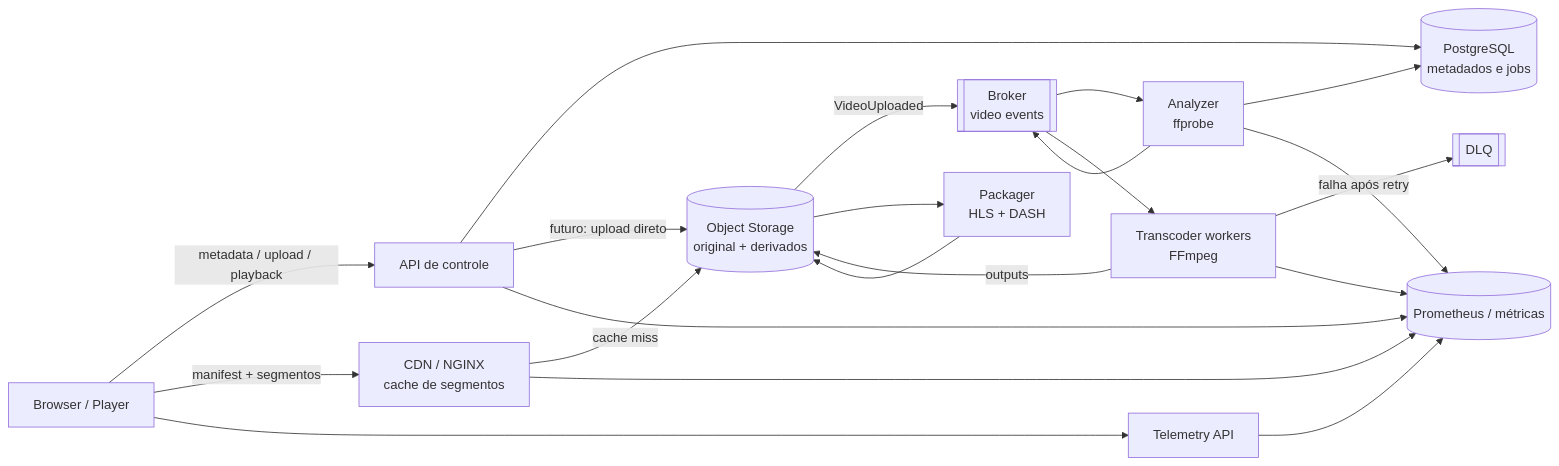
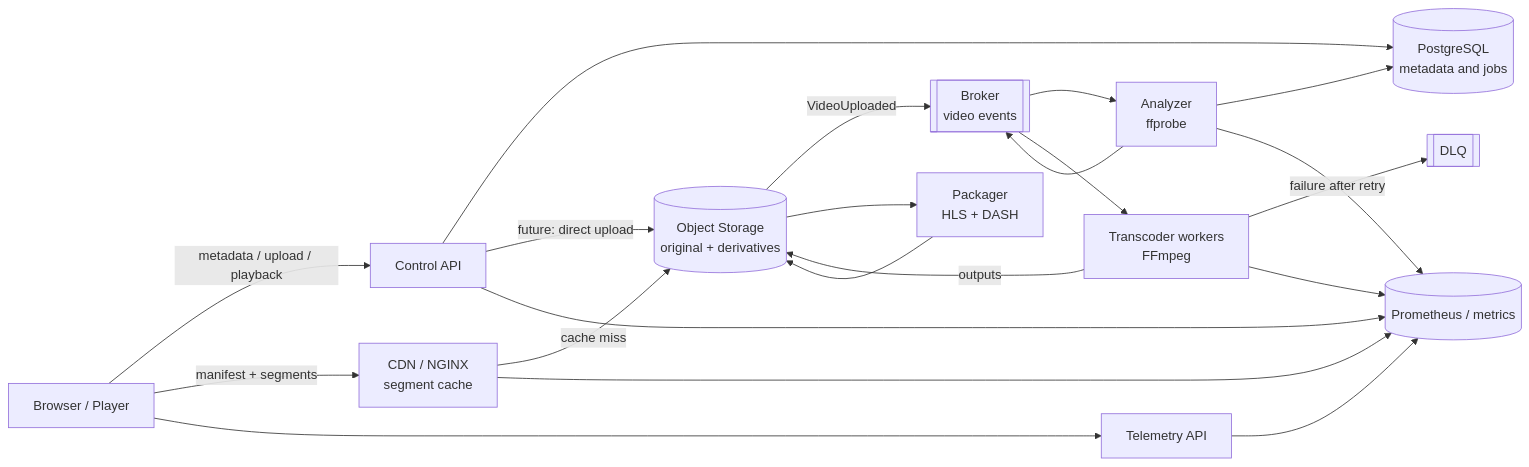
One commit to gabriel-roque/streamlab changed the second of 2 diagrams in docs/architecture/README.md. Above: the diagram before and after it, drawn with Mermaid. The commit also changed other lines of this file and 33 other files, not shown here.

````diff
--- a/docs/architecture/README.md
+++ b/docs/architecture/README.md
@@ -42,36 +44,36 @@
 ```mermaid
 flowchart LR
   client[Browser / Player]
-  api[API de controle]
-  catalog[(PostgreSQL\nmetadados e jobs)]
-  object[(Object Storage\noriginal + derivados)]
+  api[Control API]
+  catalog[(PostgreSQL\nmetadata and jobs)]
+  object[(Object Storage\noriginal + derivatives)]
   broker[[Broker\nvideo events]]
   analyzer[Analyzer\nffprobe]
   transcoder[Transcoder workers\nFFmpeg]
   packager[Packager\nHLS + DASH]
-  cdn[CDN / NGINX\ncache de segmentos]
+  cdn[CDN / NGINX\nsegment cache]
   telemetry[Telemetry API]
-  metrics[(Prometheus / métricas)]
+  metrics[(Prometheus / metrics)]
   dlq[[DLQ]]
 
   client -->|metadata / upload / playback| api
   api --> catalog
-  api -->|futuro: upload direto| object
+  api -->|future: direct upload| object
   object -->|VideoUploaded| broker
   broker --> analyzer
   analyzer --> catalog
   analyzer --> broker
   broker --> transcoder
   transcoder -->|outputs| object
-  transcoder -->|falha após retry| dlq
+  transcoder -->|failure after retry| dlq
   object --> packager
   packager --> object
-  client -->|manifest + segmentos| cdn
+  client -->|manifest + segments| cdn
   cdn -->|cache miss| object
   client --> telemetry
   api --> metrics
   analyzer --> metrics
   transcoder --> metrics
   cdn --> metrics
   telemetry --> metrics
 ```
````
